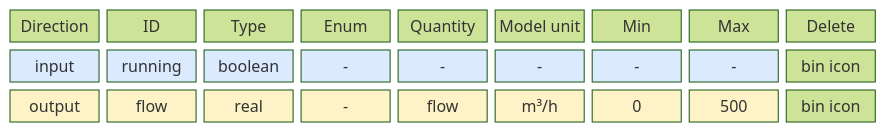
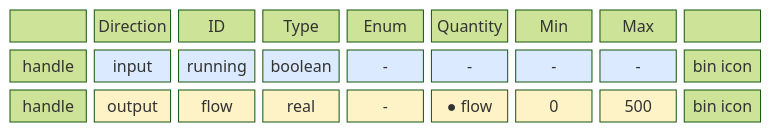
The second of 3 diagrams in metadata/04-signals.md (AlexandreGallais/synoptic-studio-spec), drawn with Mermaid (forest theme) before and after one commit. The commit also changed other lines of this file and 12 other files, not shown here.

````diff
--- a/metadata/04-signals.md
+++ b/metadata/04-signals.md
@@ -102,23 +105,21 @@
 ```mermaid
 block-beta
     columns 9
-    h8["Direction"] h1["ID"] h2["Type"] h3["Enum"] h4["Quantity"] h5["Model unit"] h6["Min"] h7["Max"] h9["Delete"]
-    r8["input"] r1["running"] r2["boolean"] r3["-"] r4["-"] r5["-"] r6["-"] r7["-"] r9["bin icon"]
-    s8["output"] s1["flow"] s2["real"] s3["-"] s4["flow"] s5["m³/h"] s6["0"] s7["500"] s9["bin icon"]
+    h0[" "] h8["Direction"] h1["ID"] h2["Type"] h3["Enum"] h4["Quantity"] h6["Min"] h7["Max"] h9[" "]
+    r0["handle"] r8["input"] r1["running"] r2["boolean"] r3["-"] r4["-"] r6["-"] r7["-"] r9["bin icon"]
+    s0["handle"] s8["output"] s1["flow"] s2["real"] s3["-"] s4["● flow"] s6["0"] s7["500"] s9["bin icon"]
     style r8 fill:#dbeafe
     style r1 fill:#dbeafe
     style r2 fill:#dbeafe
     style r3 fill:#dbeafe
     style r4 fill:#dbeafe
-    style r5 fill:#dbeafe
     style r6 fill:#dbeafe
     style r7 fill:#dbeafe
     style s8 fill:#fef3c7
     style s1 fill:#fef3c7
     style s2 fill:#fef3c7
     style s3 fill:#fef3c7
     style s4 fill:#fef3c7
-    style s5 fill:#fef3c7
     style s6 fill:#fef3c7
     style s7 fill:#fef3c7
 ```
````
